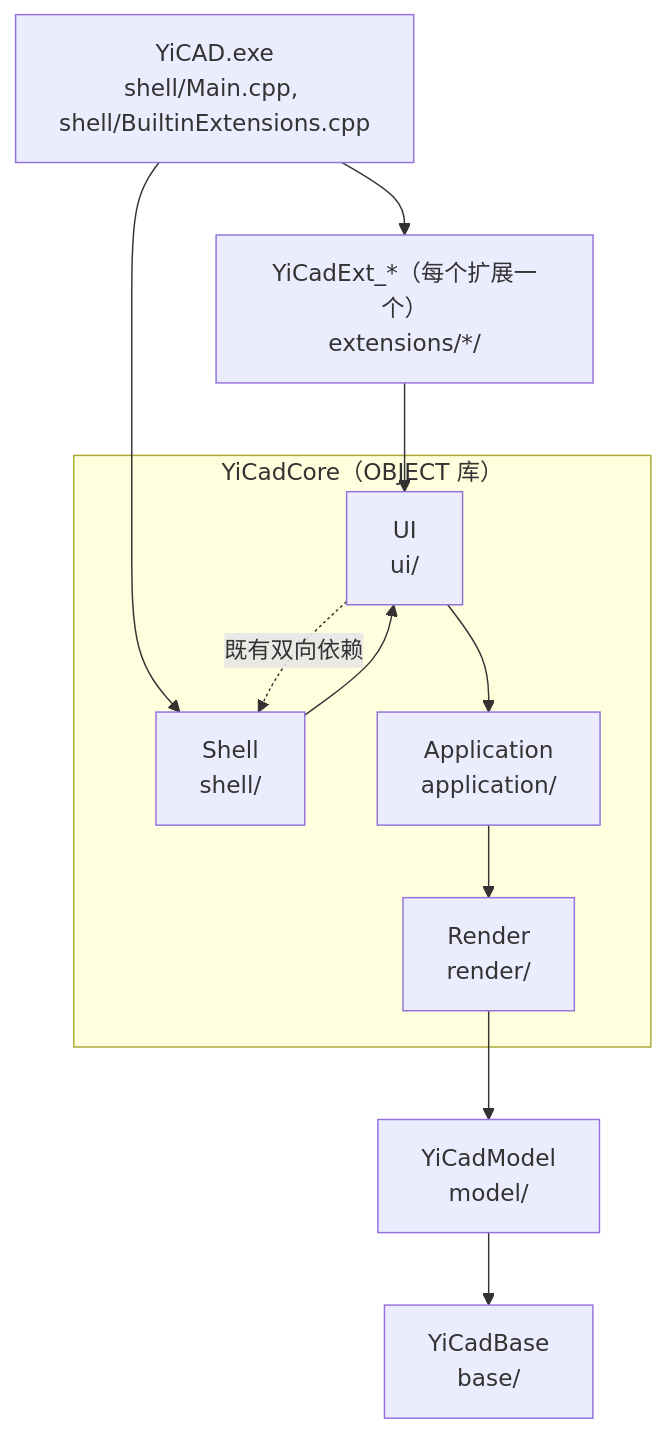
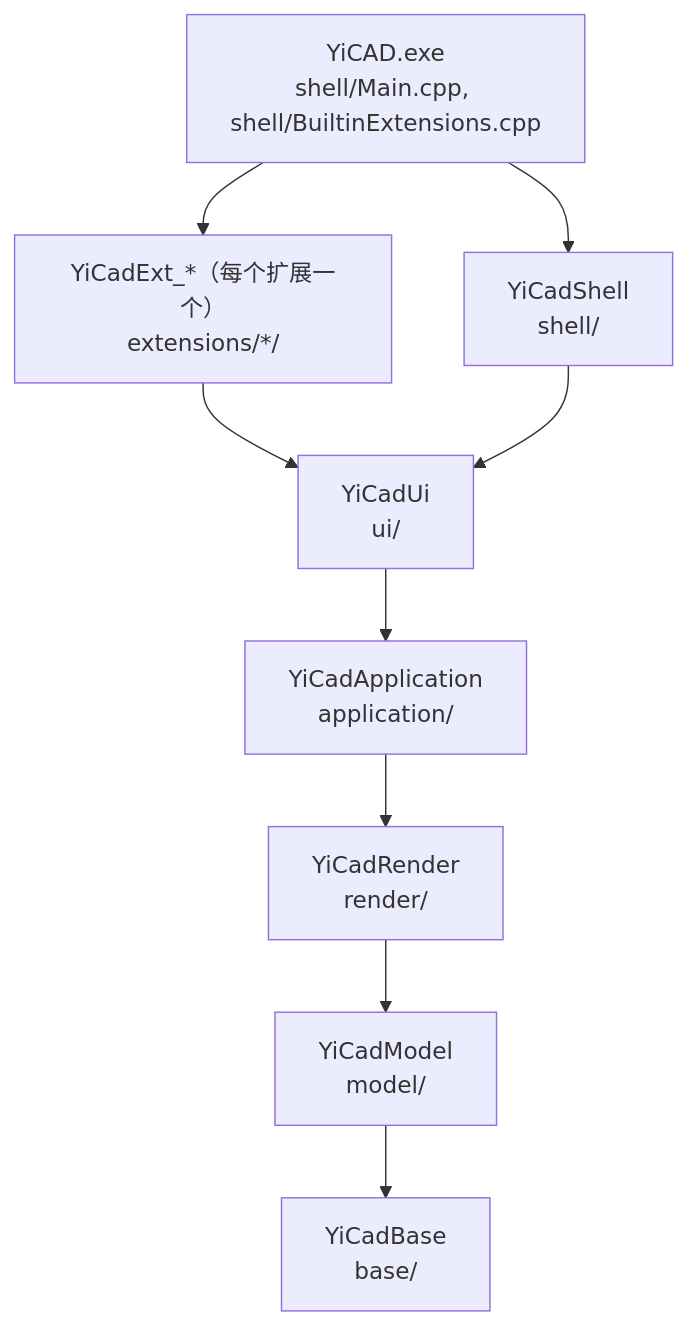
The diagram in README_zh.md (chicai-18/YiCAD), drawn with Mermaid before and after one commit. The commit also changed other lines of this file and 13 other files, not shown here.

First line of the commit message:
分层重组 S6：YiCadCore 拆成 Render、Application、Ui、Shell 四个库

````diff
--- a/README_zh.md
+++ b/README_zh.md
@@ -337,23 +337,20 @@
 ```mermaid
 flowchart TB
     Exe["YiCAD.exe<br/>shell/Main.cpp, shell/BuiltinExtensions.cpp"]
     Ext["YiCadExt_*（每个扩展一个）<br/>extensions/*/"]
-    subgraph Core["YiCadCore（OBJECT 库）"]
-        Shell["Shell<br/>shell/"]
-        Ui["UI<br/>ui/"]
-        Appl["Application<br/>application/"]
-        Render["Render<br/>render/"]
-    end
+    Shell["YiCadShell<br/>shell/"]
+    Ui["YiCadUi<br/>ui/"]
+    Appl["YiCadApplication<br/>application/"]
+    Render["YiCadRender<br/>render/"]
     Model["YiCadModel<br/>model/"]
     Base["YiCadBase<br/>base/"]
 
     Exe --> Ext
     Exe --> Shell
     Ext --> Ui
     Shell --> Ui
-    Ui -. 既有双向依赖 .-> Shell
     Ui --> Appl
     Appl --> Render
     Render --> Model
     Model --> Base
 ```
````
